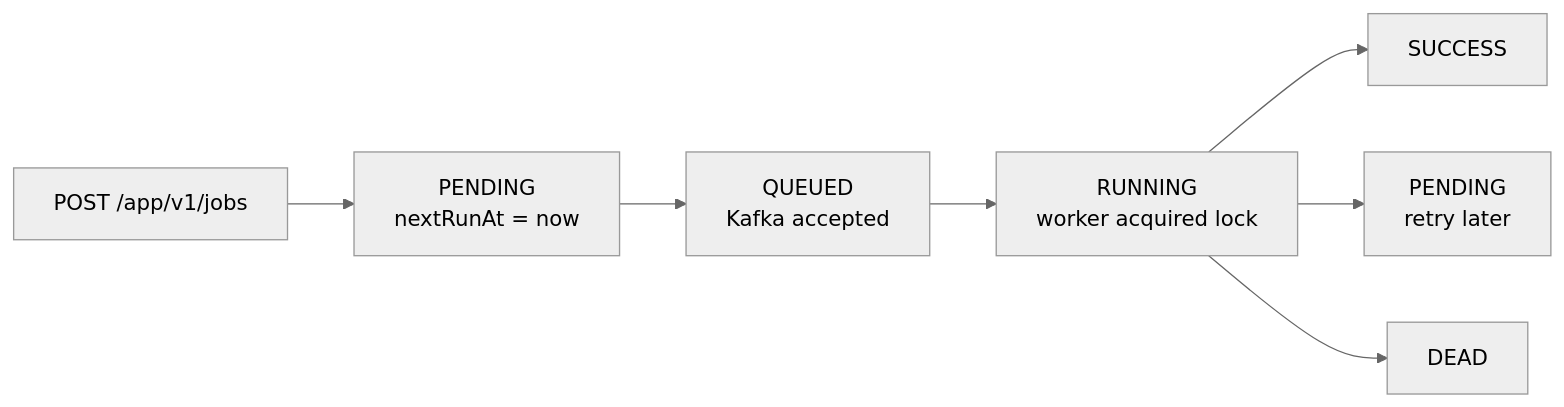
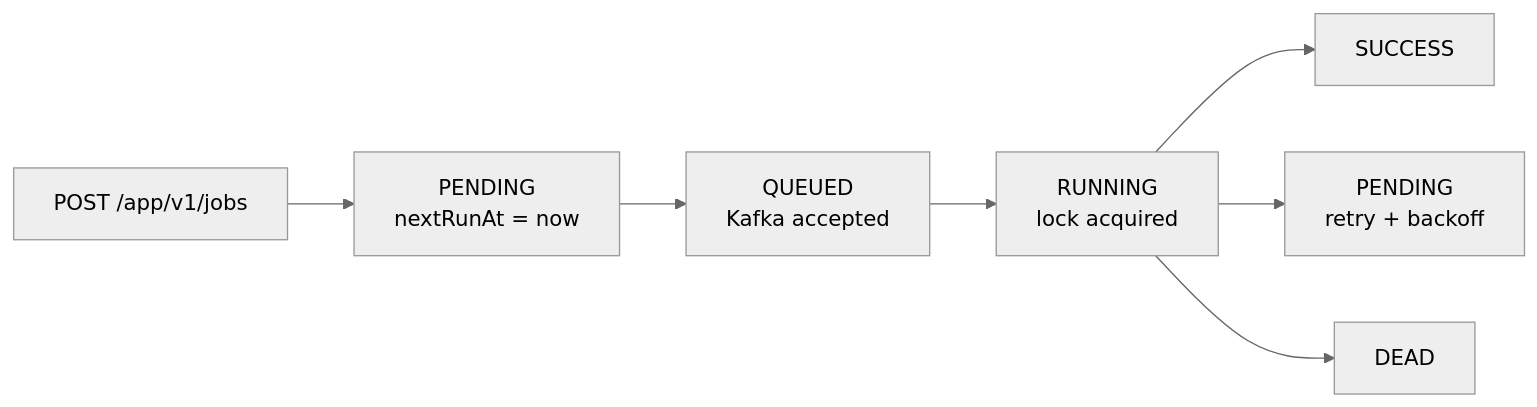
Before and after one commit to harshithrao07/distributed-scheduler: the fourth of 10 diagrams in Readme.md, drawn with Mermaid (neutral theme). The commit also changed other lines of this file, not shown here.

````diff
--- a/Readme.md
+++ b/Readme.md
@@ -113,9 +181,9 @@
 ```mermaid
 flowchart LR
-    submit["POST /app/v1/jobs"] --> pending["PENDING<br/>nextRunAt = now"]
-    pending --> queued["QUEUED<br/>Kafka accepted"]
-    queued --> running["RUNNING<br/>worker acquired lock"]
-    running --> success["SUCCESS"]
-    running --> retry["PENDING<br/>retry later"]
-    running --> dead["DEAD"]
+    A["POST /app/v1/jobs"] --> B["PENDING<br/>nextRunAt = now"]
+    B --> C["QUEUED<br/>Kafka accepted"]
+    C --> D["RUNNING<br/>lock acquired"]
+    D --> E["SUCCESS"]
+    D --> F["PENDING<br/>retry + backoff"]
+    D --> G["DEAD"]
 ```
````
